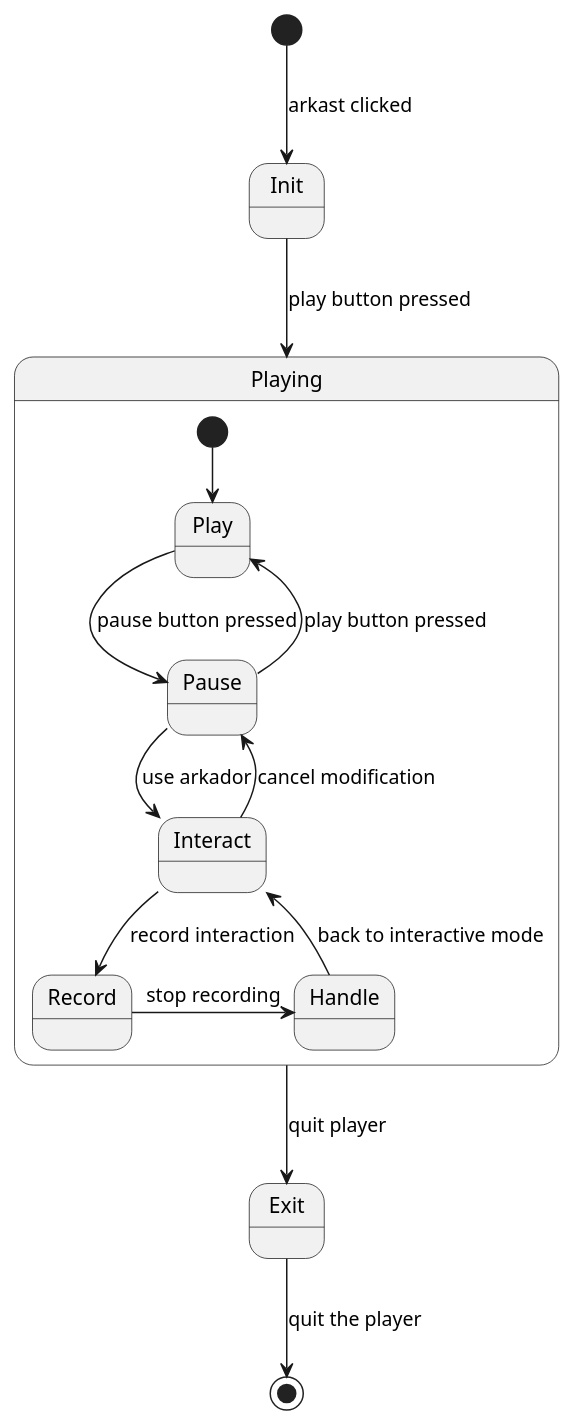
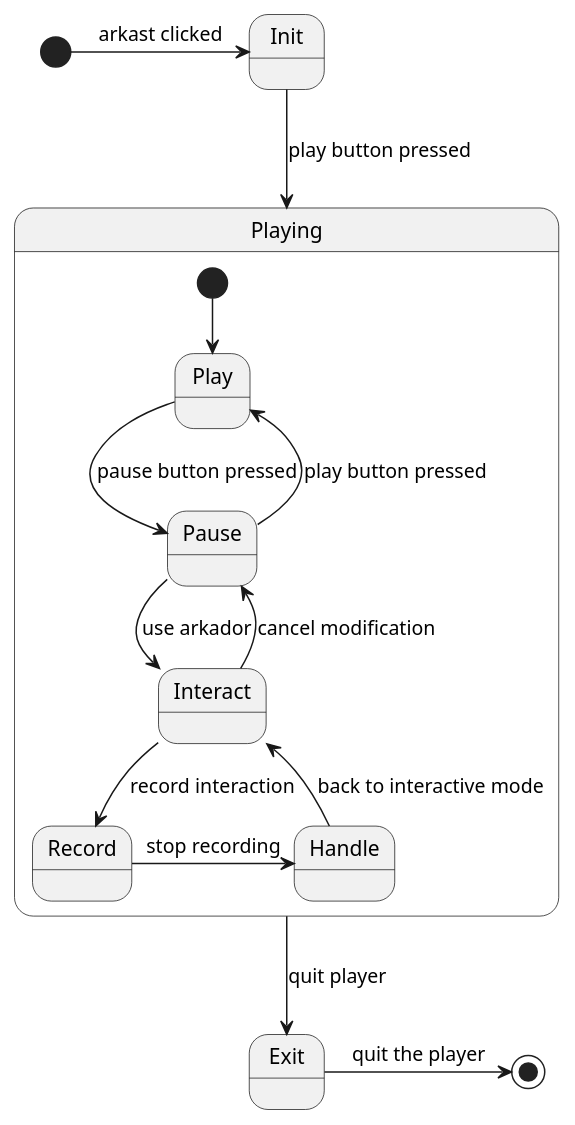
One commit to SSMM0498/arkad-conception changed the diagram in models/3.StateTransition/1.st.player.puml. Above: the diagram before and after it, drawn with PlantUML. The commit also changed 3 other files, not shown here.

```diff
--- a/models/3.StateTransition/1.st.player.puml
+++ b/models/3.StateTransition/1.st.player.puml
@@ -1,22 +1,22 @@
 @startuml "player state diagram"
 skinparam shadowing false
 skinparam monochrome true
 
 ' frame "st: player state diagram" {
-    [*] -down-> Init : arkast clicked
+    [*] -right-> Init : arkast clicked
     Init --> Playing : play button pressed
     State Playing {
         [*] -down-> Play
         Play -down-> Pause : pause button pressed
         Pause -up-> Play : play button pressed
         Pause --> Interact : use arkador
         Interact --> Pause : cancel modification
         Interact --> Record : record interaction
         Record -right-> Handle : stop recording
         Handle -right-> Interact : back to interactive mode
     }
     Playing --> Exit : quit player
-    Exit --> [*] : quit the player
+    Exit -right-> [*] : quit the player
 ' }
 
 @enduml
```
